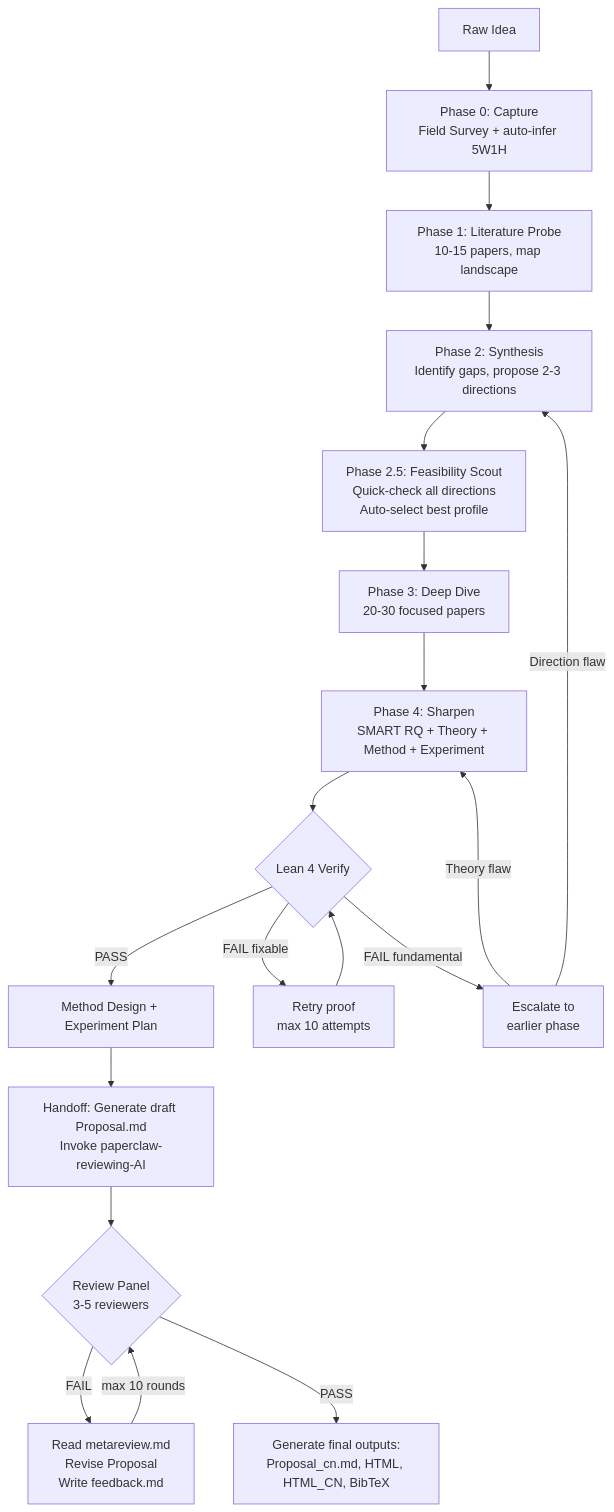
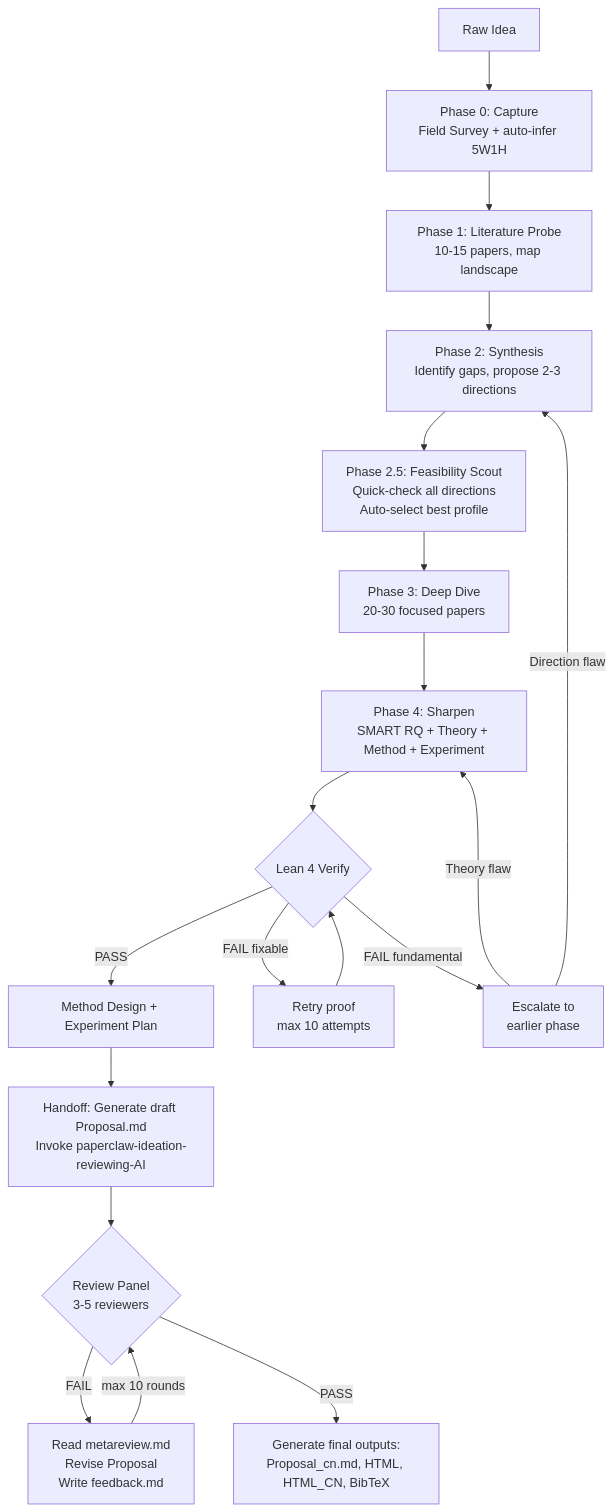
Before and after one commit to Paper-Claw/PaperClaw: the diagram in .claude/skills/paperclaw-ideation-AI/SKILL.md, drawn with Mermaid. The commit also changed other lines of this file and 6 other files, not shown here.

````diff
--- a/.claude/skills/paperclaw-ideation-AI/SKILL.md
+++ b/.claude/skills/paperclaw-ideation-AI/SKILL.md
@@ -31,21 +54,21 @@
 ```mermaid
 flowchart TD
     RAW[Raw Idea] --> P0[Phase 0: Capture\nField Survey + auto-infer 5W1H]
     P0 --> P1[Phase 1: Literature Probe\n10-15 papers, map landscape]
     P1 --> P2[Phase 2: Synthesis\nIdentify gaps, propose 2-3 directions]
     P2 --> P25[Phase 2.5: Feasibility Scout\nQuick-check all directions\nAuto-select best profile]
     P25 --> P3[Phase 3: Deep Dive\n20-30 focused papers]
     P3 --> P4[Phase 4: Sharpen\nSMART RQ + Theory + Method + Experiment]
     P4 --> LEAN{Lean 4 Verify}
     LEAN -->|PASS| METHOD[Method Design + Experiment Plan]
     LEAN -->|FAIL fixable| RETRY[Retry proof\nmax 10 attempts]
     RETRY --> LEAN
     LEAN -->|FAIL fundamental| ESCALATE[Escalate to\nearlier phase]
     ESCALATE -->|Theory flaw| P4
     ESCALATE -->|Direction flaw| P2
-    METHOD --> HANDOFF[Handoff: Generate draft Proposal.md\nInvoke paperclaw-reviewing-AI]
+    METHOD --> HANDOFF[Handoff: Generate draft Proposal.md\nInvoke paperclaw-ideation-reviewing-AI]
     HANDOFF --> REVIEW{Review Panel\n3-5 reviewers}
     REVIEW -->|FAIL| REVISE[Read metareview.md\nRevise Proposal\nWrite feedback.md]
     REVISE -->|max 10 rounds| REVIEW
     REVIEW -->|PASS| FINAL[Generate final outputs:\nProposal_cn.md, HTML, HTML_CN, BibTeX]
 ```
````
